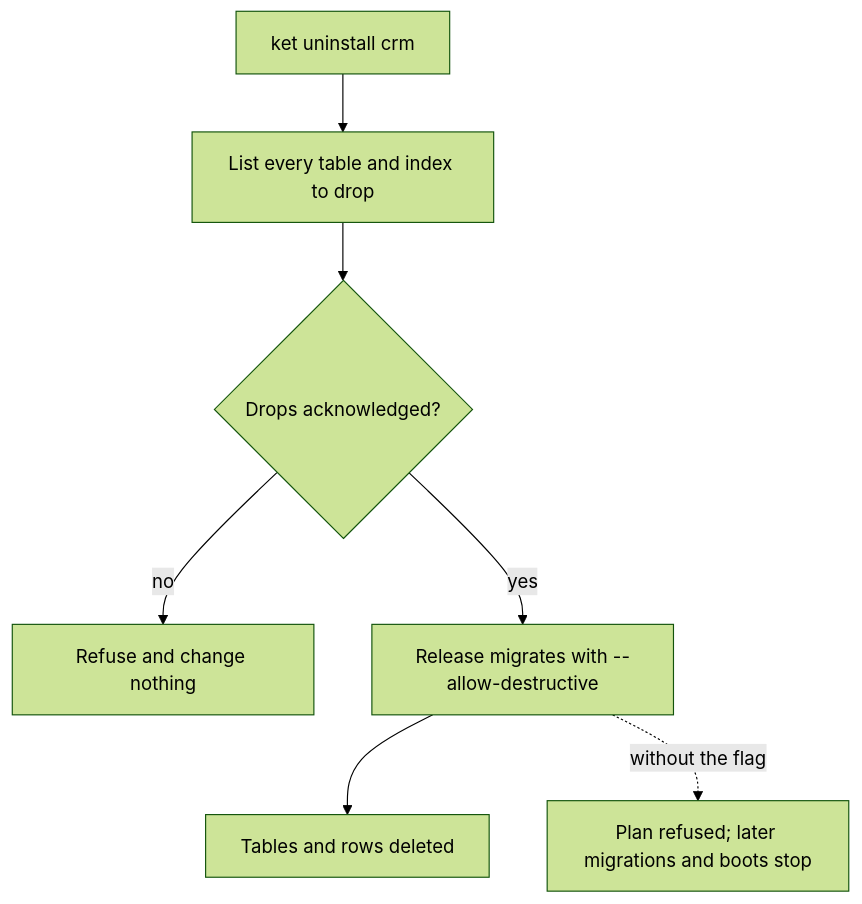
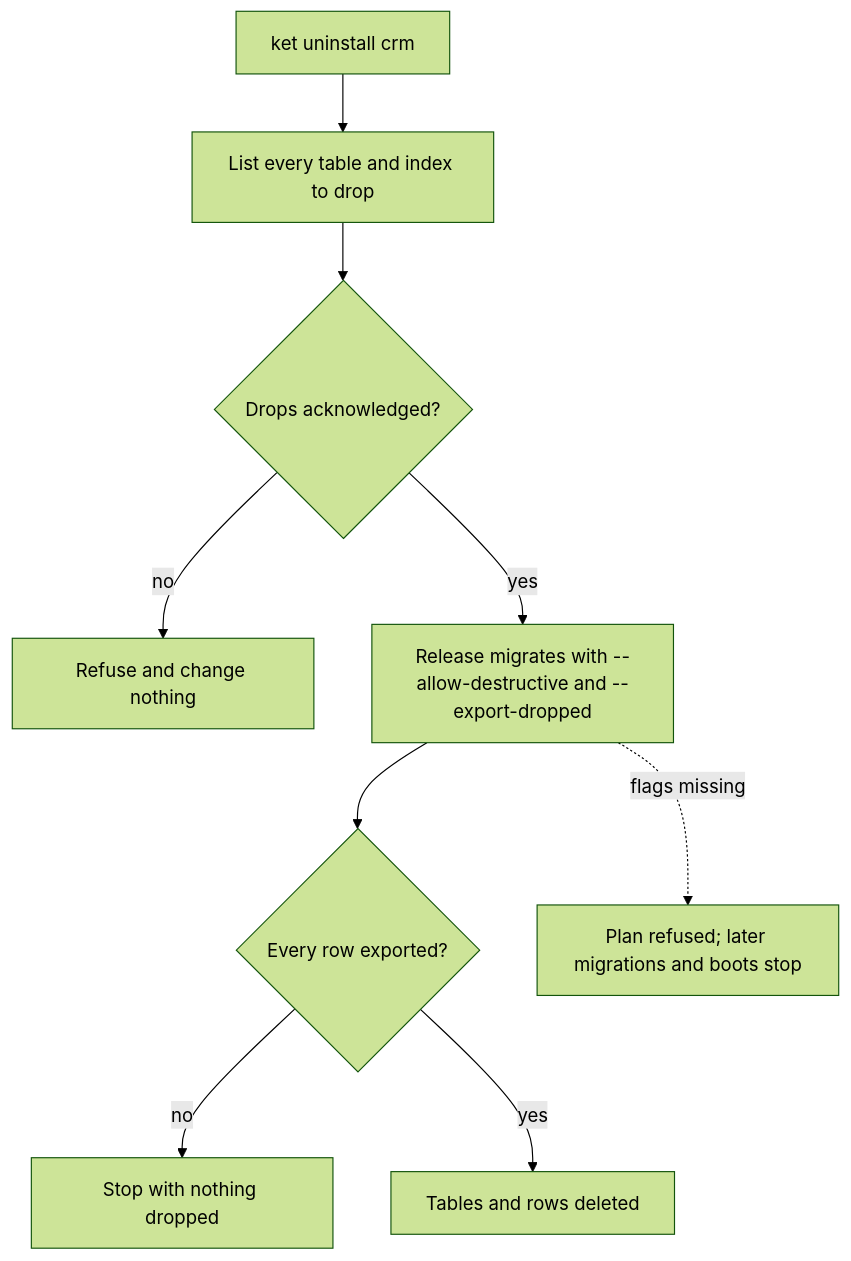
One commit to ketvietlab/ketjs changed the third of 5 diagrams in packages/docs/content/docs/module-installation-plan.md. Above: the diagram before and after it, drawn with Mermaid (forest theme). The commit also changed other lines of this file and 3 other files, not shown here.

````diff
--- a/packages/docs/content/docs/module-installation-plan.md
+++ b/packages/docs/content/docs/module-installation-plan.md
@@ -136,10 +136,12 @@
 ```mermaid
 %% File: packages/docs/content/docs/module-installation-plan.md
 flowchart TD
   remove["ket uninstall crm"] --> plan["List every table and index to drop"]
   plan --> ack{"Drops acknowledged?"}
   ack -- no --> refused["Refuse and change nothing"]
-  ack -- yes --> release["Release migrates with --allow-destructive"]
-  release --> dropped["Tables and rows deleted"]
-  release -. "without the flag" .-> blocked["Plan refused; later migrations and boots stop"]
+  ack -- yes --> release["Release migrates with --allow-destructive and --export-dropped"]
+  release --> exported{"Every row exported?"}
+  exported -- no --> stopped["Stop with nothing dropped"]
+  exported -- yes --> dropped["Tables and rows deleted"]
+  release -. "flags missing" .-> blocked["Plan refused; later migrations and boots stop"]
 ```
````
